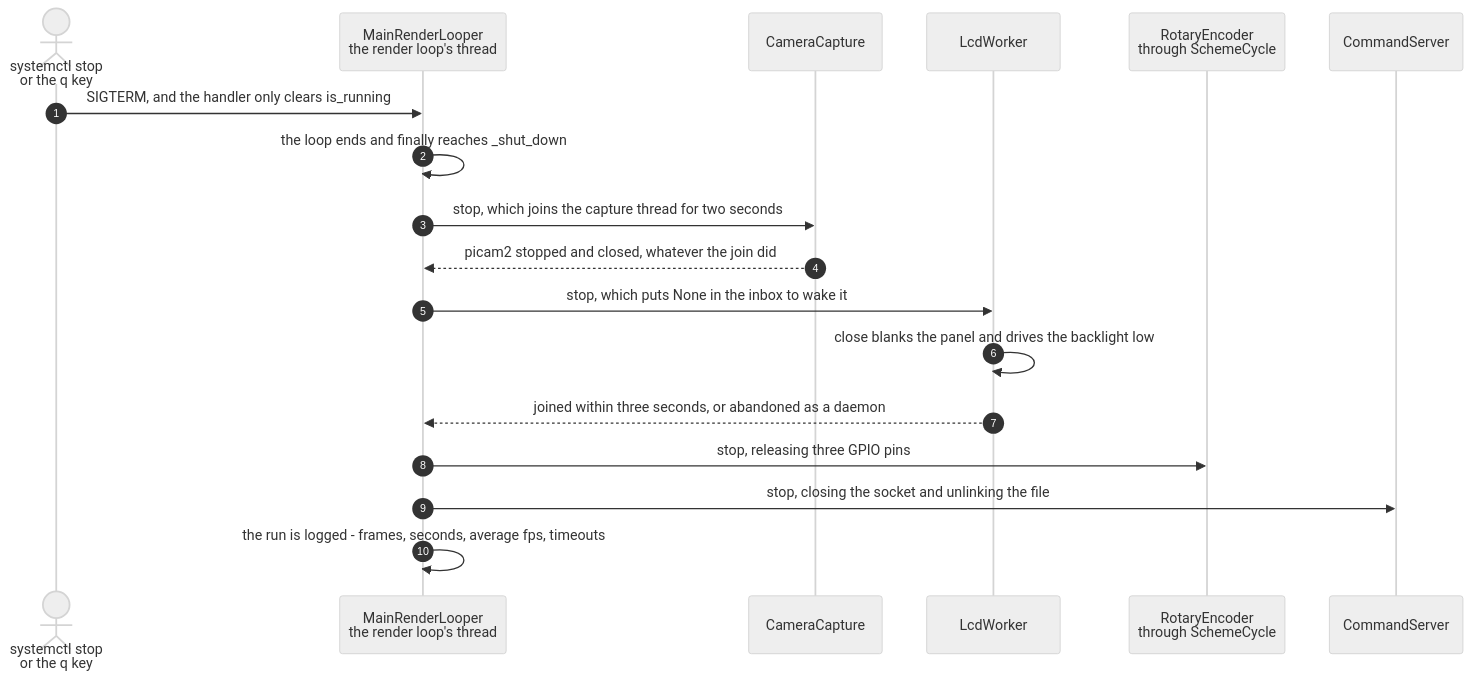
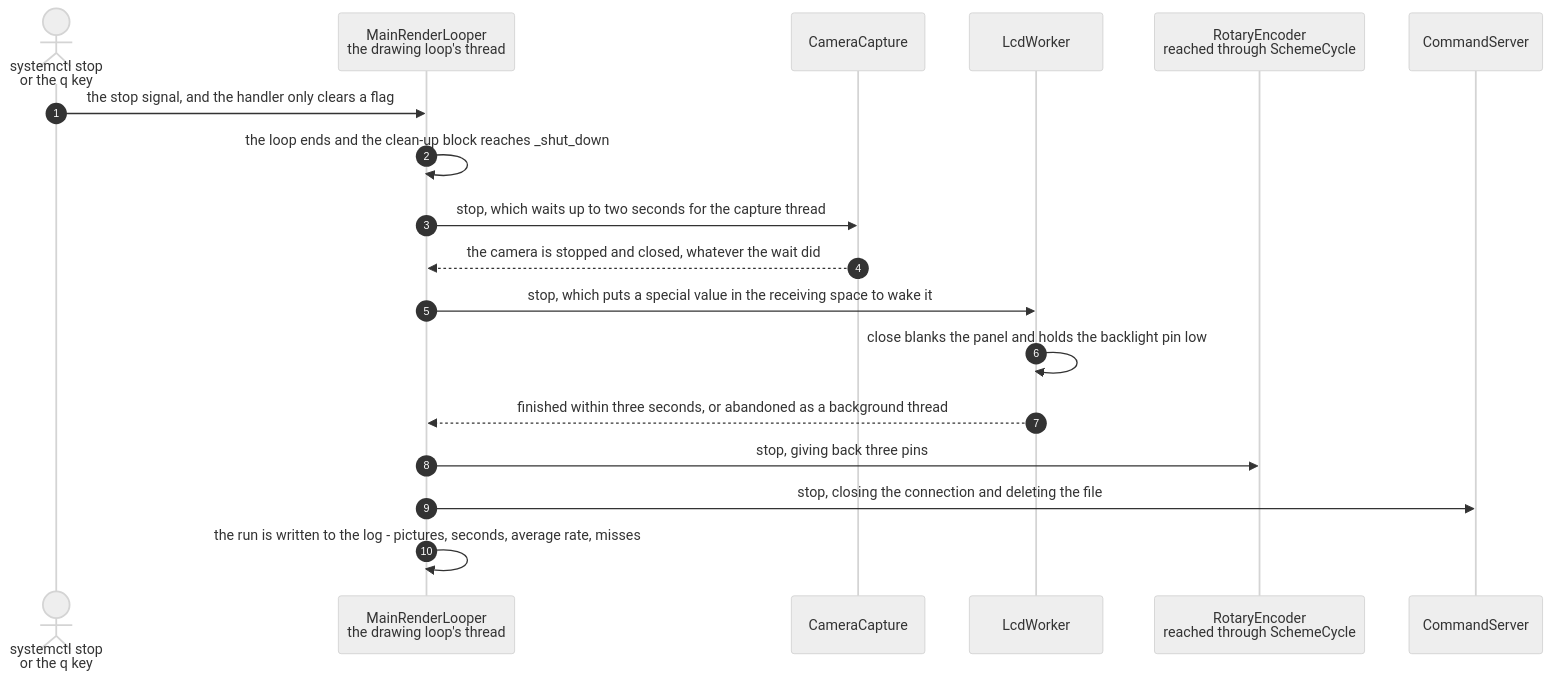
One commit to replicant1/AsciiArt-Pi changed the diagram in docs/scenarios/the-camera-panel-encoder-and-socket-are-released-on-shutdown.md. Above: the diagram before and after it, drawn with Mermaid (neutral theme). The commit also changed other lines of this file and 2 other files, not shown here.

First line of the commit message:
Rewrite three more scenarios: schemes, shutdown and the phone

````diff
--- a/docs/scenarios/the-camera-panel-encoder-and-socket-are-released-on-shutdown.md
+++ b/docs/scenarios/the-camera-panel-encoder-and-socket-are-released-on-shutdown.md
@@ -42,21 +53,21 @@
 ```mermaid
 sequenceDiagram
     autonumber
     actor Sig as systemctl stop<br/>or the q key
-    participant App as MainRenderLooper<br/>the render loop's thread
+    participant App as MainRenderLooper<br/>the drawing loop's thread
     participant Cam as CameraCapture
     participant W as LcdWorker
-    participant Enc as RotaryEncoder<br/>through SchemeCycle
+    participant Enc as RotaryEncoder<br/>reached through SchemeCycle
     participant CS as CommandServer
 
-    Sig->>App: SIGTERM, and the handler only clears is_running
-    App->>App: the loop ends and finally reaches _shut_down
-    App->>Cam: stop, which joins the capture thread for two seconds
-    Cam-->>App: picam2 stopped and closed, whatever the join did
-    App->>W: stop, which puts None in the inbox to wake it
-    W->>W: close blanks the panel and drives the backlight low
-    W-->>App: joined within three seconds, or abandoned as a daemon
-    App->>Enc: stop, releasing three GPIO pins
-    App->>CS: stop, closing the socket and unlinking the file
-    App->>App: the run is logged - frames, seconds, average fps, timeouts
+    Sig->>App: the stop signal, and the handler only clears a flag
+    App->>App: the loop ends and the clean-up block reaches _shut_down
+    App->>Cam: stop, which waits up to two seconds for the capture thread
+    Cam-->>App: the camera is stopped and closed, whatever the wait did
+    App->>W: stop, which puts a special value in the receiving space to wake it
+    W->>W: close blanks the panel and holds the backlight pin low
+    W-->>App: finished within three seconds, or abandoned as a background thread
+    App->>Enc: stop, giving back three pins
+    App->>CS: stop, closing the connection and deleting the file
+    App->>App: the run is written to the log - pictures, seconds, average rate, misses
 ```
````
